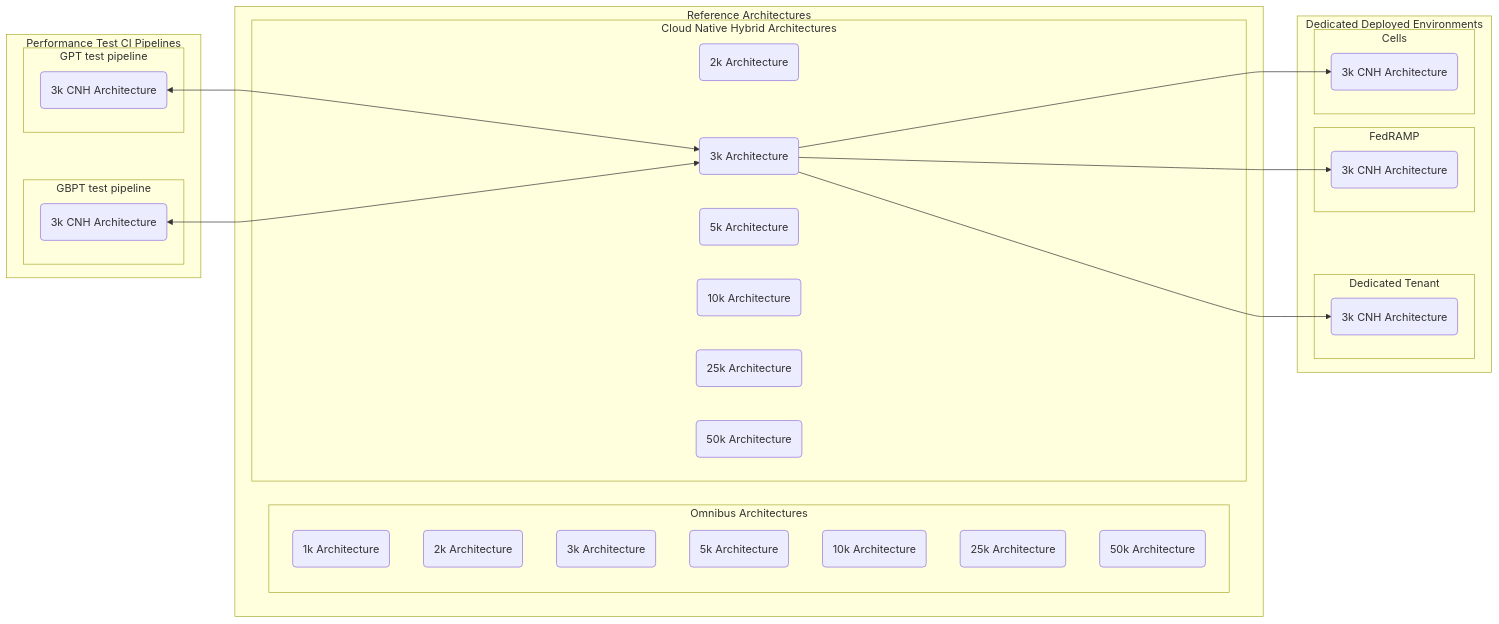
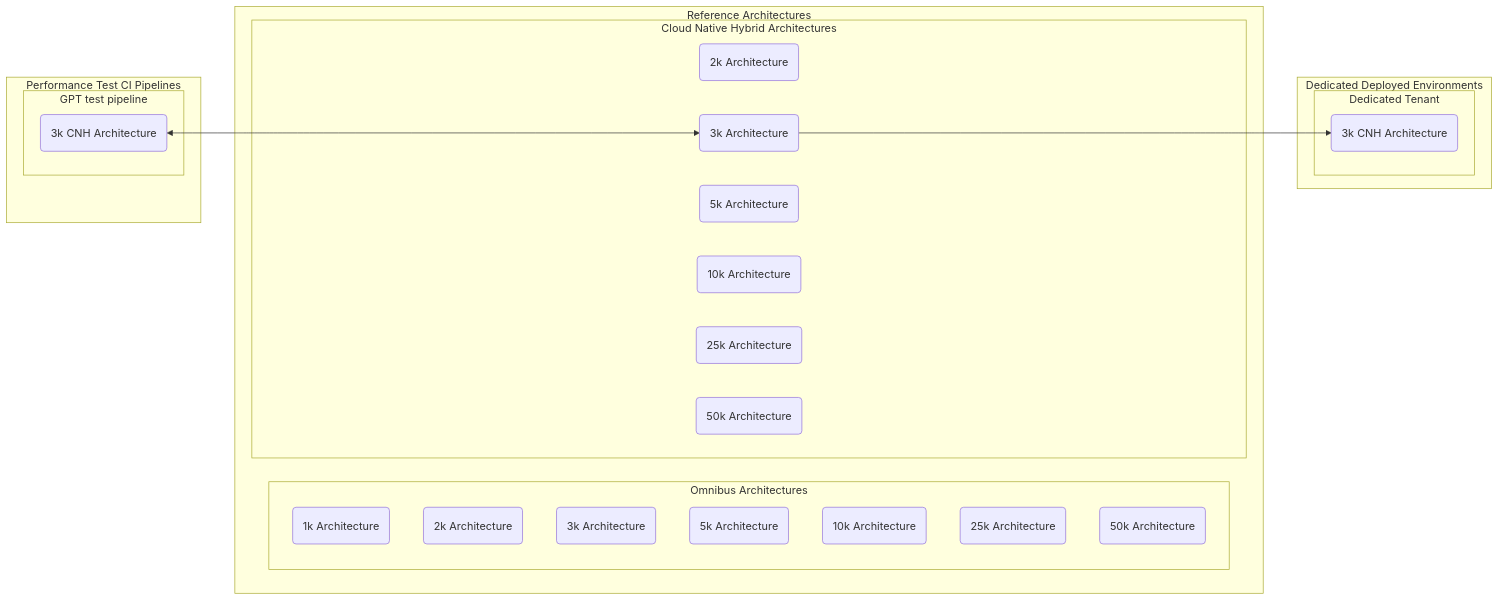
The second of 2 diagrams in content/handbook/engineering/infrastructure/test-platform/self-managed-platform-team/dedicated-performance-test-strategy.md (moliver28/research-handbook), drawn with Mermaid before and after one commit. The commit also changed other lines of this file, not shown here.

````diff
--- a/content/handbook/engineering/infrastructure/test-platform/self-managed-platform-team/dedicated-performance-test-strategy.md
+++ b/content/handbook/engineering/infrastructure/test-platform/self-managed-platform-team/dedicated-performance-test-strategy.md
@@ -66,81 +61,75 @@
 ```mermaid
 flowchart LR
   classDef hidden display: none;
   %% nodes
   ra_omni_1k(1k Architecture)
   ra_omni_2k(2k Architecture)
   ra_omni_3k(3k Architecture)
   ra_omni_5k(5k Architecture)
   ra_omni_10k(10k Architecture)
   ra_omni_25k(25k Architecture)
   ra_omni_50k(50k Architecture)
   ra_cnh_2k(2k Architecture)
   ra_cnh_3k(3k Architecture)
   ra_cnh_5k(5k Architecture)
   ra_cnh_10k(10k Architecture)
   ra_cnh_25k(25k Architecture)
   ra_cnh_50k(50k Architecture)
   gpt_cnh_3k(3k CNH Architecture)
-  gbpt_cnh_3k(3k CNH Architecture)
   dedicated_cnh_3k(3k CNH Architecture)
-  fedramp_cnh_3k(3k CNH Architecture)
-  cells_cnh_3k(3k CNH Architecture)
 
+  %% external links
+  click ra_omni_1k "https://docs.gitlab.com/ee/administration/reference_architectures/1k_users.html"
+  click ra_omni_2k "https://docs.gitlab.com/ee/administration/reference_architectures/2k_users.html"
+  click ra_omni_3k "https://docs.gitlab.com/ee/administration/reference_architectures/3k_users.html"
+  click ra_omni_5k "https://docs.gitlab.com/ee/administration/reference_architectures/5k_users.html"
+  click ra_omni_10k "https://docs.gitlab.com/ee/administration/reference_architectures/10k_users.html"
+  click ra_omni_25k "https://docs.gitlab.com/ee/administration/reference_architectures/25k_users.html"
+  click ra_omni_50k "https://docs.gitlab.com/ee/administration/reference_architectures/50k_users.html"
+  click ra_cnh_2k "https://docs.gitlab.com/ee/administration/reference_architectures/2k_users.html#cloud-native-hybrid-reference-architecture-with-helm-charts-alternative"
+  click ra_cnh_3k "https://docs.gitlab.com/ee/administration/reference_architectures/3k_users.html#cloud-native-hybrid-reference-architecture-with-helm-charts-alternative"
+  click ra_cnh_5k "https://docs.gitlab.com/ee/administration/reference_architectures/5k_users.html#cloud-native-hybrid-reference-architecture-with-helm-charts-alternative"
+  click ra_cnh_10k "https://docs.gitlab.com/ee/administration/reference_architectures/10k_users.html#cloud-native-hybrid-reference-architecture-with-helm-charts-alternative"
+  click ra_cnh_25k "https://docs.gitlab.com/ee/administration/reference_architectures/25k_users.html#cloud-native-hybrid-reference-architecture-with-helm-charts-alternative"
+  click ra_cnh_50k "https://docs.gitlab.com/ee/administration/reference_architectures/50k_users.html#cloud-native-hybrid-reference-architecture-with-helm-charts-alternative"
 
   %% diagram
 
   subgraph test_env[Performance Test CI Pipelines]
     hidden:::hidden
     subgraph gpt_test[GPT test pipeline]
       gpt_cnh_3k
     end
 
-    subgraph gbpt_test[GBPT test pipeline]
-      gbpt_cnh_3k
-    end
   end
 
   subgraph ref_arch[Reference Architectures]
     subgraph omnibus[Omnibus Architectures]
       ra_omni_1k
       ra_omni_2k
       ra_omni_3k
       ra_omni_5k
       ra_omni_10k
       ra_omni_25k
       ra_omni_50k
     end
 
     subgraph cnh[Cloud Native Hybrid Architectures]
       ra_cnh_2k
       ra_cnh_3k
       ra_cnh_5k
       ra_cnh_10k
       ra_cnh_25k
       ra_cnh_50k
     end
   end
-  
+
   subgraph dedicated[Dedicated Deployed Environments]
     subgraph dedicated_tenant[Dedicated Tenant]
       dedicated_cnh_3k
     end
-
-    subgraph FedRAMP
-      fedramp_cnh_3k
-    end
-
-    subgraph Cells
-      cells_cnh_3k
-    end
   end
 
   gpt_cnh_3k <--> ra_cnh_3k
-  gbpt_cnh_3k <--> ra_cnh_3k 
   ra_cnh_3k --> dedicated_cnh_3k
-  ra_cnh_3k --> cells_cnh_3k
-  ra_cnh_3k --> fedramp_cnh_3k
-
-
- 
 ```
````
